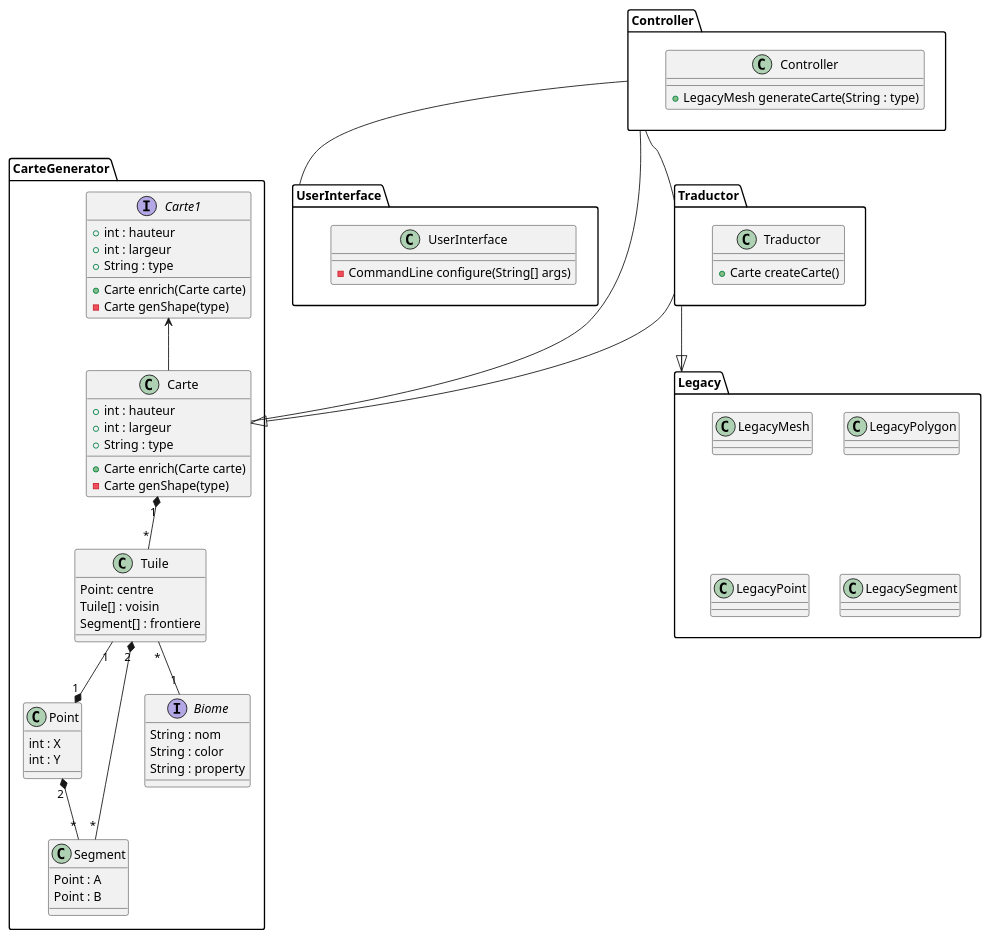
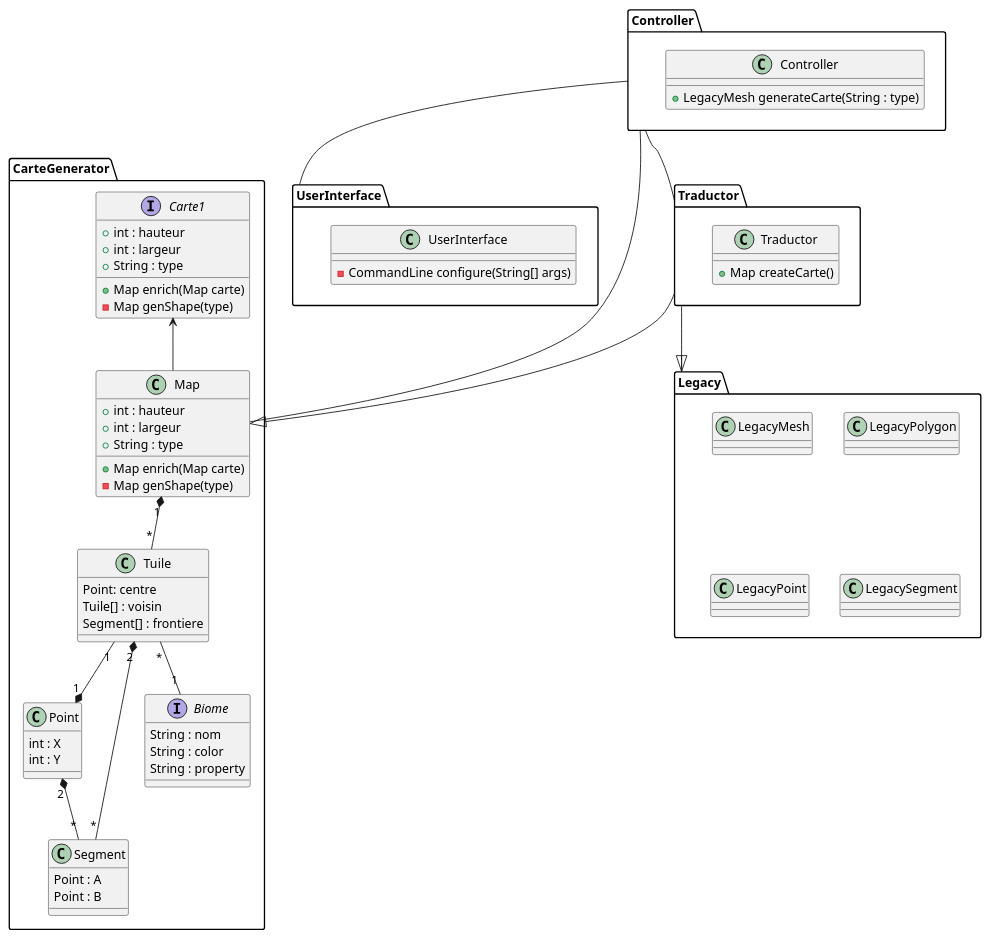
Before and after one commit to cryptoswarm/terrain-generator: the diagram in diagrame_de_class.puml, drawn with PlantUML. The commit also changed 10 other files, not shown here.

Commit message:
Refactor 'Carte' to 'Map'

```diff
--- a/diagrame_de_class.puml
+++ b/diagrame_de_class.puml
@@ -1,76 +1,76 @@
 @startuml
 
 package UserInterface {
     class UserInterface {
         - CommandLine configure(String[] args)
     }
 }
 Package Controller {
     class Controller {
         + LegacyMesh generateCarte(String : type)
     }
 }
 Package Traductor {
     class Traductor{
-        + Carte createCarte()
+        + Map createCarte()
     }
 }
 Package Legacy {
     class LegacyMesh
     class LegacyPolygon
     class LegacyPoint
     class LegacySegment
 
 }
 
 Package CarteGenerator {
      Interface Carte1 {
         + int : hauteur
         + int : largeur
         + String : type
-        + Carte enrich(Carte carte)
-        - Carte genShape(type)
+        + Map enrich(Map carte)
+        - Map genShape(type)
      }
 
-     class Carte {
+     class Map {
          + int : hauteur
          + int : largeur
          + String : type
-         + Carte enrich(Carte carte)
-         - Carte genShape(type)
+         + Map enrich(Map carte)
+         - Map genShape(type)
 
      }
      class Tuile {
          Point: centre
          Tuile[] : voisin
          Segment[] : frontiere
      }
      class Point {
         int : X
         int : Y
      }
      class Segment {
         Point : A
         Point : B
      }
 
      Interface Biome {
         String : nom
         String : color
         String : property
      }
 }
 
-Carte1 <-- Carte
+Carte1 <-- Map
 Controller -- UserInterface
 Controller -- Traductor
-Controller -- Carte
+Controller -- Map
 Traductor --|> Legacy
-Traductor --|> Carte
-Carte "1" *-- "*" Tuile
+Traductor --|> Map
+Map "1" *-- "*" Tuile
 Tuile "*" -- "1" Biome
 Tuile "2" *-- "*" Segment
 Tuile "1" --* "1" Point
 Point "2" *-- "*" Segment
 
 @enduml
```
